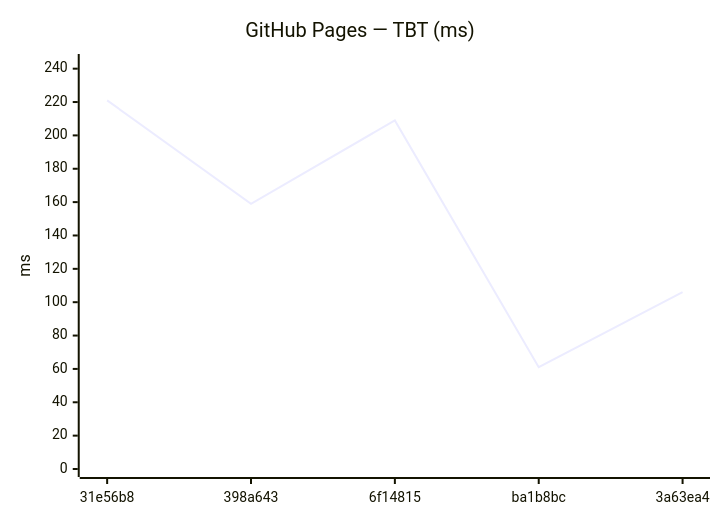
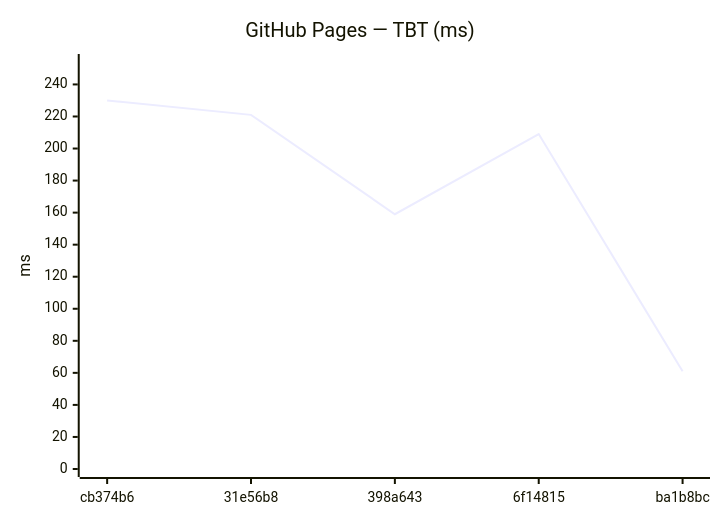
Before and after one commit to Metaheurist/Rianell: the tenth of 18 diagrams in benchmarks/compare.md, drawn with Mermaid. The commit also changed other lines of this file and 11 other files, not shown here.

````diff
--- a/benchmarks/compare.md
+++ b/benchmarks/compare.md
@@ -149,7 +149,7 @@
 ```mermaid
 xychart-beta
     title "GitHub Pages — TBT (ms)"
-    x-axis ["31e56b8", "398a643", "6f14815", "ba1b8bc", "3a63ea4"]
-    y-axis "ms" 0 --> 244
-    line [221, 159, 209, 61, 106]
+    x-axis ["cb374b6", "31e56b8", "398a643", "6f14815", "ba1b8bc"]
+    y-axis "ms" 0 --> 254
+    line [230, 221, 159, 209, 61]
 ```
````
